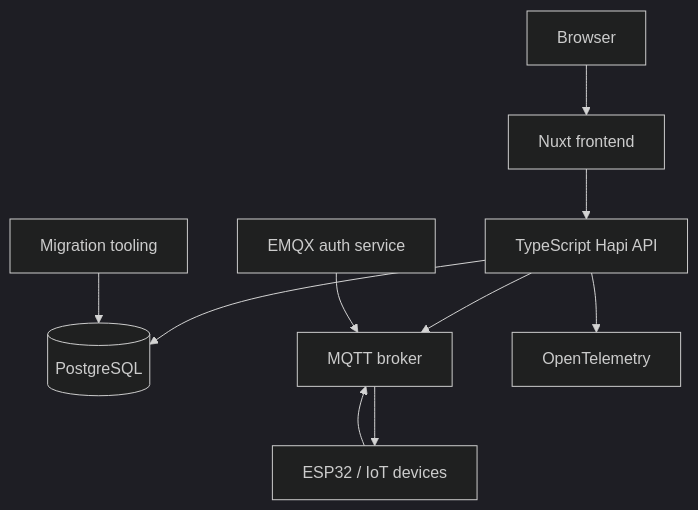
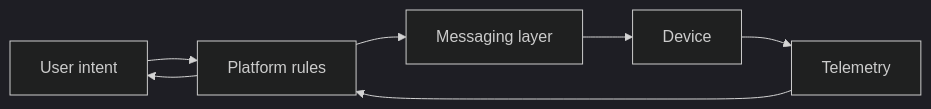
The first of 3 diagrams in frontend/content/projects/iotnet.md (farismnrr/portofolio), drawn with Mermaid (dark theme) before and after one commit. The commit also changed other lines of this file and 6 other files, not shown here.

````diff
--- a/frontend/content/projects/iotnet.md
+++ b/frontend/content/projects/iotnet.md
@@ -26,12 +60,9 @@
 ```mermaid
-flowchart TD
-    B[Browser] --> F[Nuxt frontend]
-    F --> A[TypeScript Hapi API]
-    A --> P[(PostgreSQL)]
-    A --> M[MQTT broker]
-    D[ESP32 / IoT devices] --> M
-    M --> D
-    E[EMQX auth service] --> M
-    A --> O[OpenTelemetry]
-    X[Migration tooling] --> P
+flowchart LR
+    U[User intent] --> P[Platform rules]
+    P --> M[Messaging layer]
+    M --> D[Device]
+    D --> T[Telemetry]
+    T --> P
+    P --> U
 ```
````
